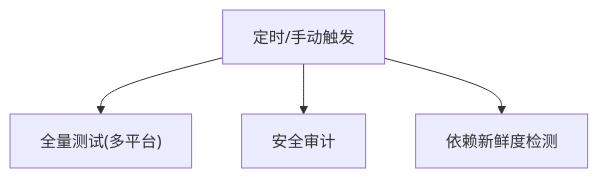
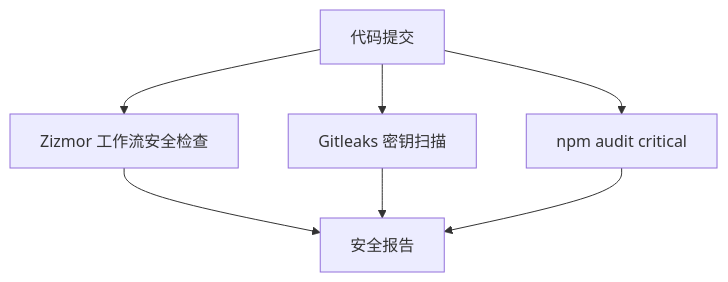
One commit to sofate798/KodrixCode changed the sixth of 9 diagrams in .qoder/repowiki/zh/content/构建与部署/持续集成.md. Above: the diagram before and after it, drawn with Mermaid. The commit also changed other lines of this file and 6 other files, not shown here.

````diff
--- a/.qoder/repowiki/zh/content/构建与部署/持续集成.md
+++ b/.qoder/repowiki/zh/content/构建与部署/持续集成.md
@@ -262,6 +207,9 @@
 ```mermaid
 flowchart TD
-Schedule["定时/手动触发"] --> FullTest["全量测试(多平台)"]
-Schedule --> Security["安全审计"]
-Schedule --> DepFresh["依赖新鲜度检测"]
+Code["代码提交"] --> Zizmor["Zizmor 工作流安全检查"]
+Code --> Gitleaks["Gitleaks 密钥扫描"]
+Code --> Audit["npm audit critical"]
+Zizmor --> SecurityReport["安全报告"]
+Gitleaks --> SecurityReport
+Audit --> SecurityReport
 ```
````
